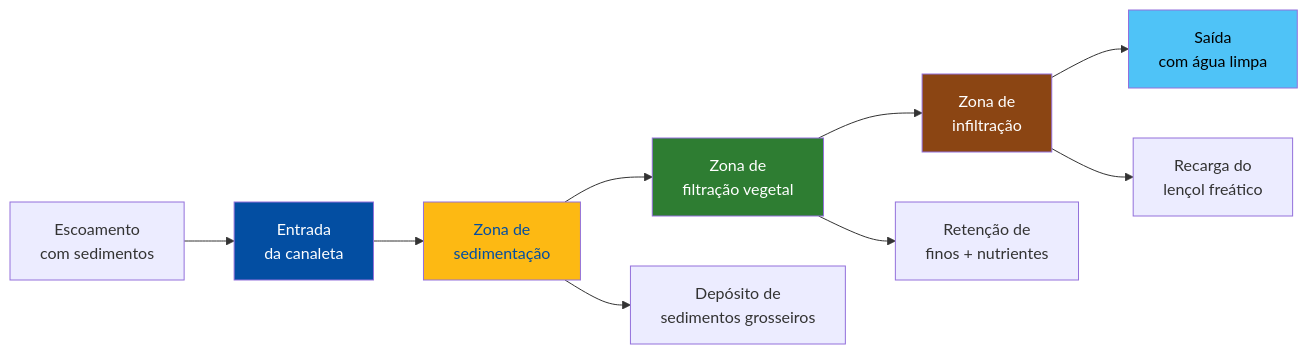
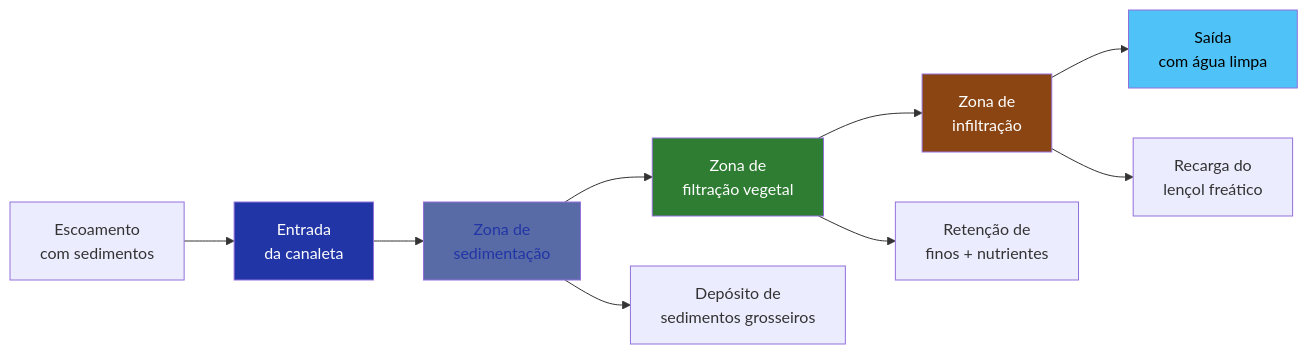
Before and after one commit to ldvsantos/cv: the second of 5 diagrams in aulas/bioengenharia_de_solos/aulas/canaleta_verde/canaleta_verde.qmd, drawn with Mermaid. The commit also changed other lines of this file and 466 other files, not shown here.

````diff
--- a/aulas/bioengenharia_de_solos/aulas/canaleta_verde/canaleta_verde.qmd
+++ b/aulas/bioengenharia_de_solos/aulas/canaleta_verde/canaleta_verde.qmd
@@ -265,17 +263,17 @@
 ```{mermaid}
 %%| fig-width: 5
 flowchart LR
     A["Escoamento<br>com sedimentos"] --> B["Entrada<br>da canaleta"]
     B --> C["Zona de<br>sedimentação"]
     C --> D["Zona de<br>filtração vegetal"]
     D --> E["Zona de<br>infiltração"]
     E --> F["Saída<br>com água limpa"]
     C --> G["Depósito de<br>sedimentos grosseiros"]
     D --> H["Retenção de<br>finos + nutrientes"]
     E --> I["Recarga do<br>lençol freático"]
-    style B fill:#034EA2,color:#fff
-    style C fill:#FDB913,color:#034EA2
+    style B fill:#2135A6,color:#fff
+    style C fill:#586BA6,color:#2135A6
     style D fill:#2E7D32,color:#fff
     style E fill:#8B4513,color:#fff
     style F fill:#4FC3F7,color:#000
 ```
````
